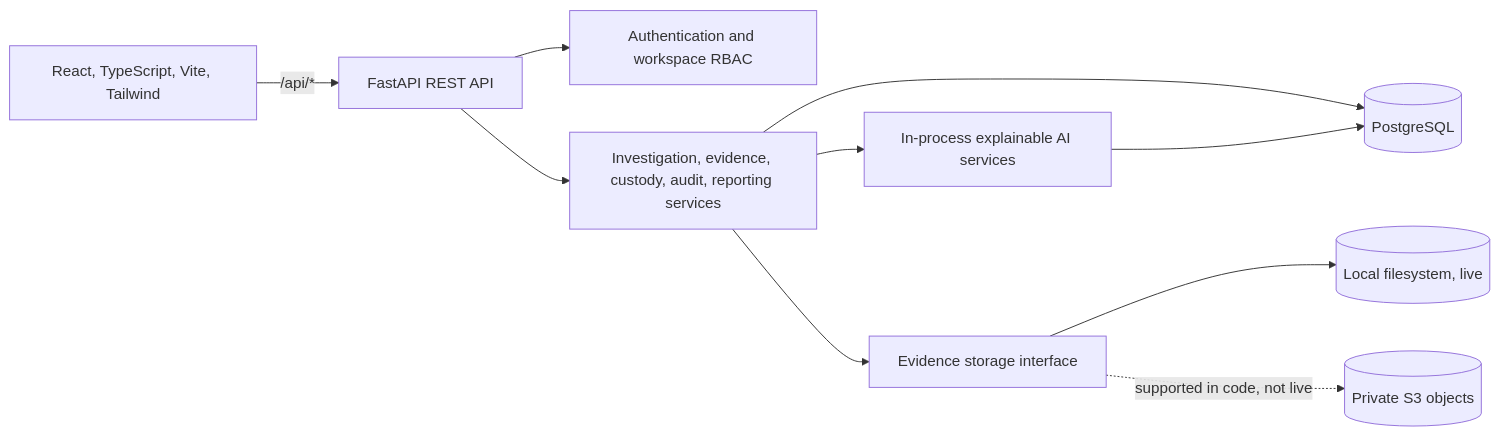
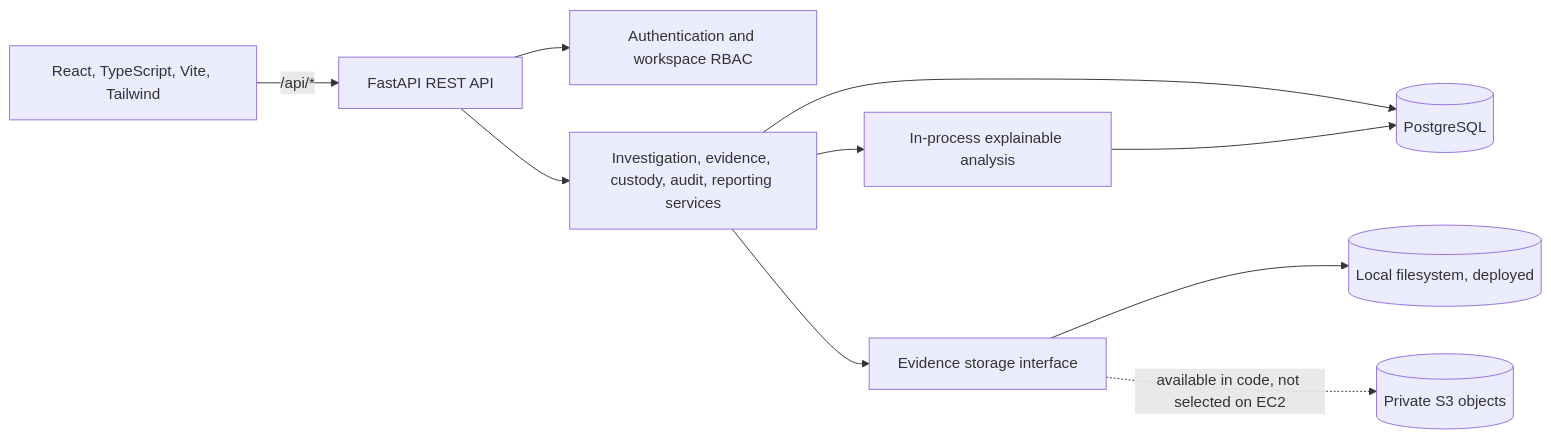
The first of 4 diagrams in README.md (shikhar-sahay/provena), drawn with Mermaid before and after one commit. The commit also changed other lines of this file and 6 other files, not shown here.

Commit message:
docs: unify Provena documentation around product architecture

````diff
--- a/README.md
+++ b/README.md
@@ -71,12 +24,12 @@
 ```mermaid
 flowchart LR
     UI[React, TypeScript, Vite, Tailwind] -->|"/api/*"| REST[FastAPI REST API]
     REST --> AUTH[Authentication and workspace RBAC]
     REST --> DOMAIN[Investigation, evidence, custody, audit, reporting services]
     DOMAIN --> PG[(PostgreSQL)]
     DOMAIN --> STORE[Evidence storage interface]
-    STORE --> LOCAL[(Local filesystem, live)]
-    STORE -. "supported in code, not live" .-> S3[(Private S3 objects)]
-    DOMAIN --> AI[In-process explainable AI services]
+    STORE --> LOCAL[(Local filesystem, deployed)]
+    STORE -. "available in code, not selected on EC2" .-> S3[(Private S3 objects)]
+    DOMAIN --> AI[In-process explainable analysis]
     AI --> PG
 ```
````
